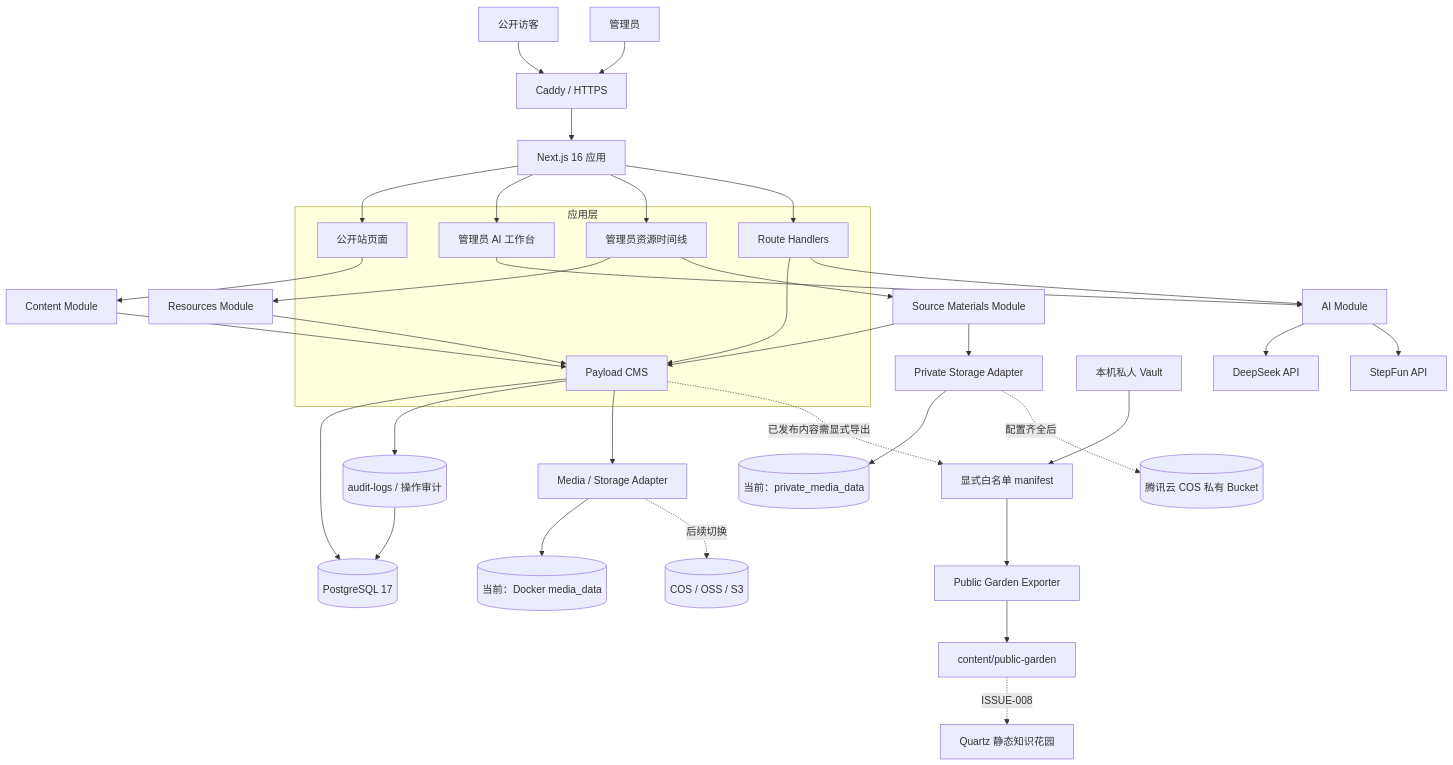
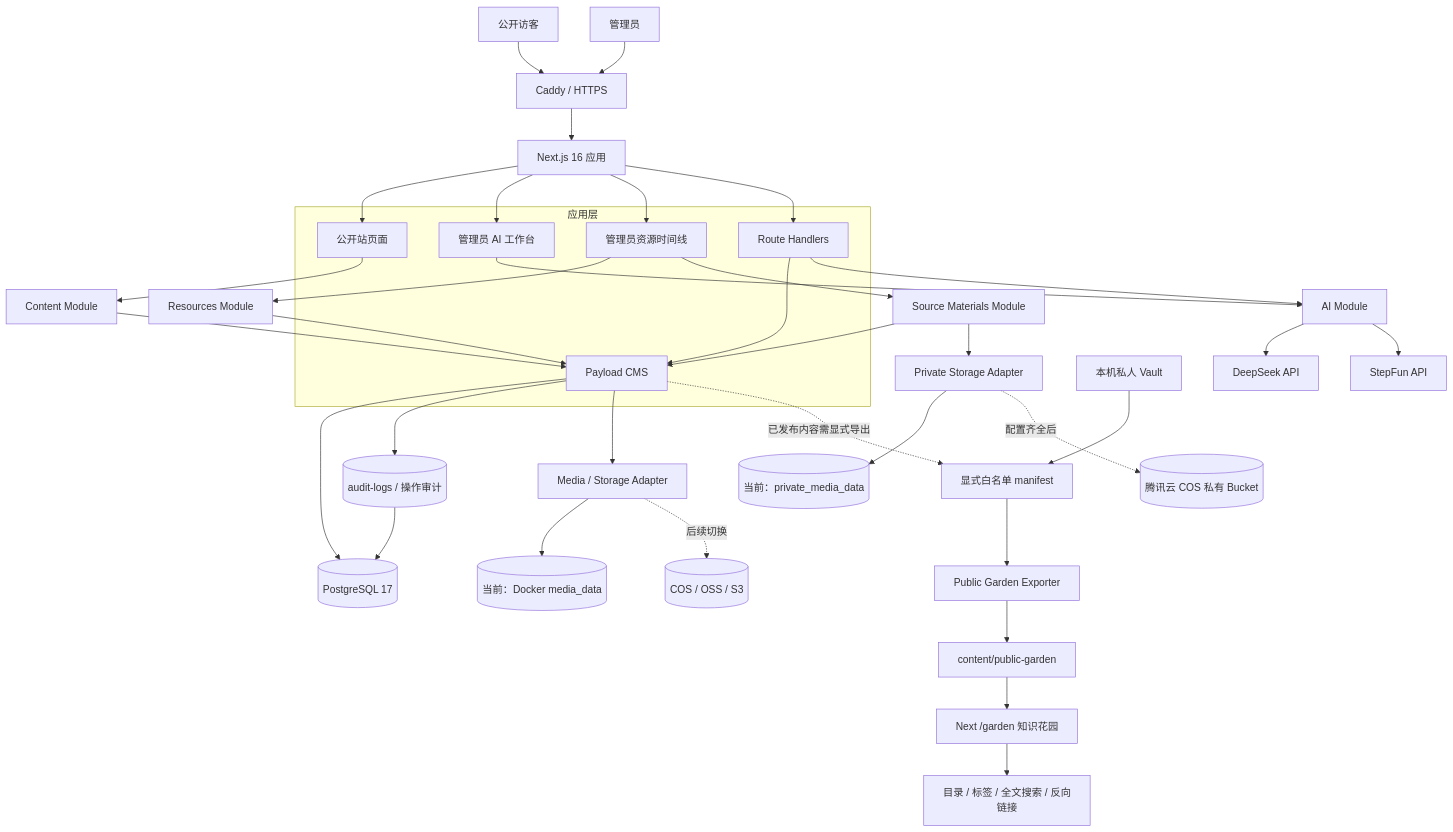
One commit to bseazh/Snorlaxden changed the diagram in README.md. Above: the diagram before and after it, drawn with Mermaid. The commit also changed other lines of this file and 21 other files, not shown here.

````diff
--- a/README.md
+++ b/README.md
@@ -24,47 +24,48 @@
 ```mermaid
 flowchart TB
   Visitor[公开访客] --> Caddy[Caddy / HTTPS]
   Admin[管理员] --> Caddy
   Caddy --> Next[Next.js 16 应用]
 
   subgraph Web[应用层]
     Public[公开站页面]
     Studio[管理员 AI 工作台]
     Library[管理员资源时间线]
     Routes[Route Handlers]
     Payload[Payload CMS]
   end
 
   Next --> Public
   Next --> Studio
   Next --> Library
   Next --> Routes
   Routes --> Payload
   Public --> ContentModule[Content Module]
   ContentModule --> Payload
   Library --> ResourceModule[Resources Module]
   ResourceModule --> Payload
   Library --> SourceModule[Source Materials Module]
   SourceModule --> Payload
 
   Payload --> PostgreSQL[(PostgreSQL 17)]
   Payload --> Audit[(audit-logs / 操作审计)]
   Audit --> PostgreSQL
   Payload --> Media[Media / Storage Adapter]
   Media --> Local[(当前：Docker media_data)]
   Media -. 后续切换 .-> ObjectStorage[(COS / OSS / S3)]
   SourceModule --> PrivateStore[Private Storage Adapter]
   PrivateStore --> PrivateVolume[(当前：private_media_data)]
   PrivateStore -. 配置齐全后 .-> COS[(腾讯云 COS 私有 Bucket)]
 
   Studio --> AIModule[AI Module]
   Routes --> AIModule
   AIModule --> DeepSeek[DeepSeek API]
   AIModule --> StepFun[StepFun API]
 
   PrivateVault[本机私人 Vault] --> Whitelist[显式白名单 manifest]
   Whitelist --> GardenExporter[Public Garden Exporter]
   GardenExporter --> Export[content/public-garden]
   Payload -. 已发布内容需显式导出 .-> Whitelist
-  Export -. ISSUE-008 .-> Quartz[Quartz 静态知识花园]
+  Export --> Garden[Next /garden 知识花园]
+  Garden --> Search[目录 / 标签 / 全文搜索 / 反向链接]
 ```
````
